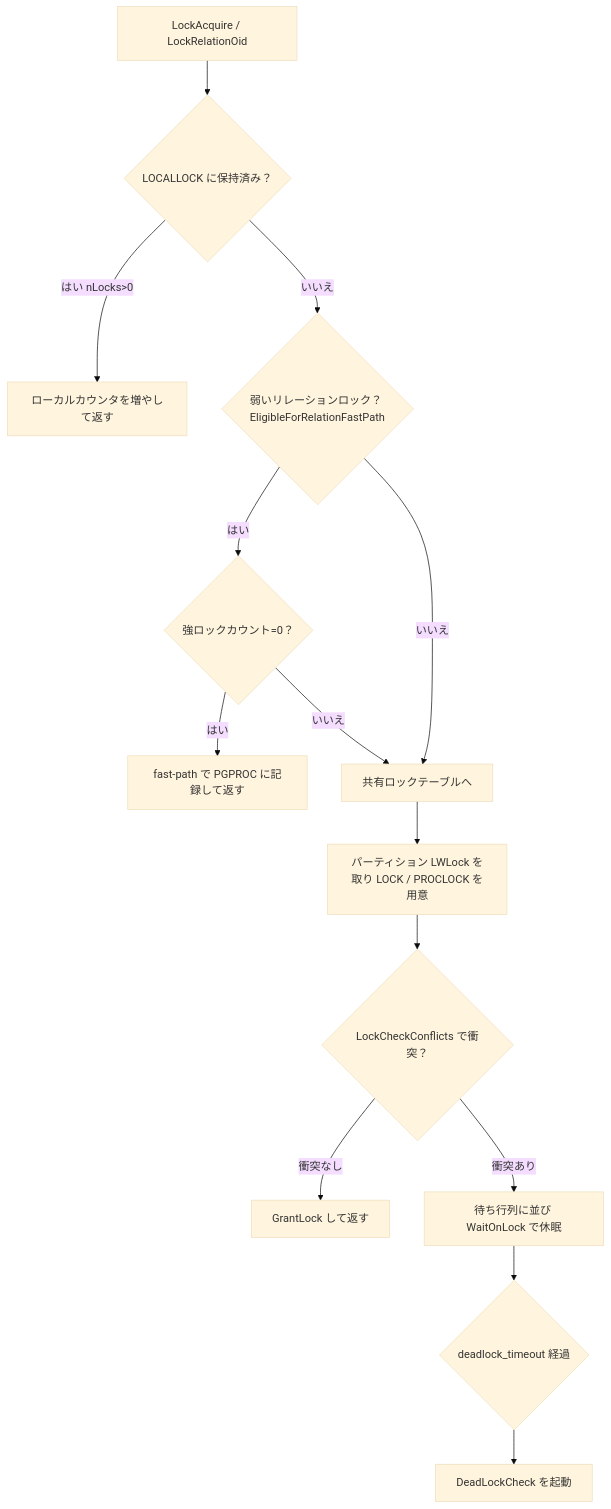
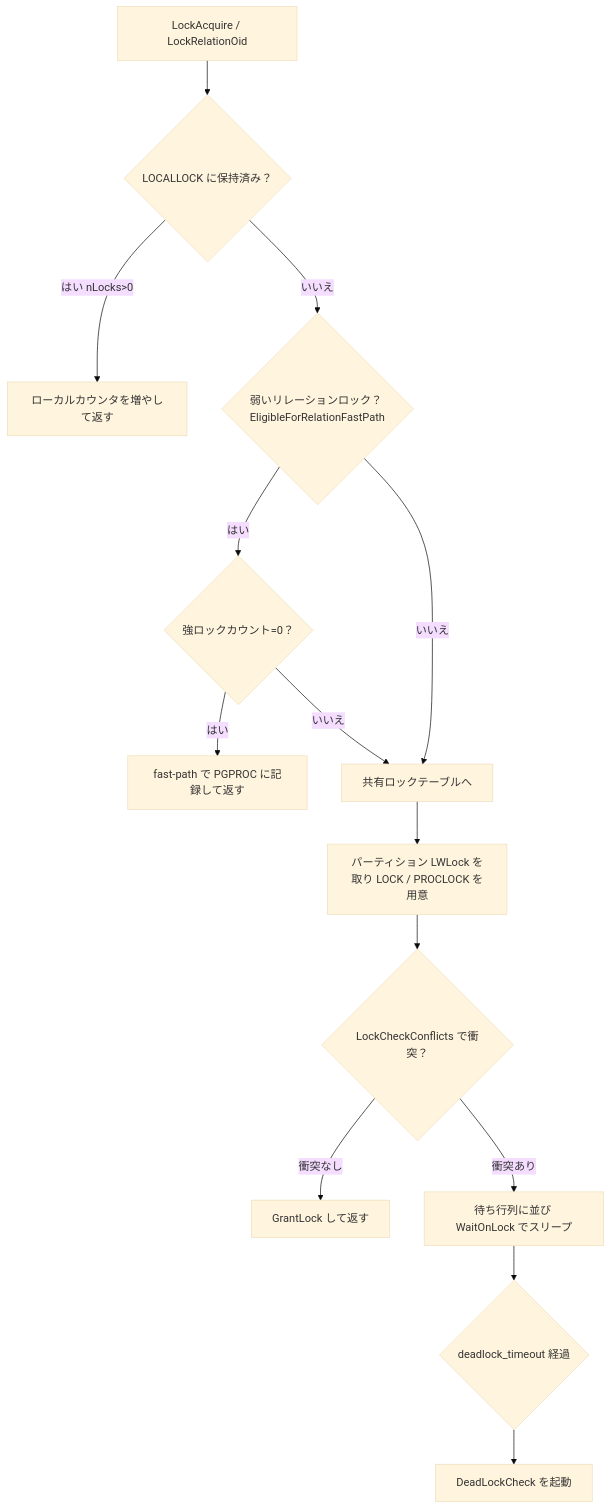
One commit to miyamadoKL/source-code-reading changed the first of 2 diagrams in postgresql/part08-transactions-concurrency/34-lock-manager.md. Above: the diagram before and after it, drawn with Mermaid (base theme). The commit also changed other lines of this file and 4 other files, not shown here.

````diff
--- a/postgresql/part08-transactions-concurrency/34-lock-manager.md
+++ b/postgresql/part08-transactions-concurrency/34-lock-manager.md
@@ -703,16 +703,16 @@
 ```mermaid
 flowchart TD
 	A["LockAcquire / LockRelationOid"] --> B{"LOCALLOCK に保持済み？"}
 	B -->|"はい nLocks>0"| C["ローカルカウンタを増やして返す"]
 	B -->|"いいえ"| D{"弱いリレーションロック？ EligibleForRelationFastPath"}
 	D -->|"はい"| E{"強ロックカウント=0？"}
 	E -->|"はい"| F["fast-path で PGPROC に記録して返す"]
 	E -->|"いいえ"| G["共有ロックテーブルへ"]
 	D -->|"いいえ"| G
 	G --> H["パーティション LWLock を取り LOCK / PROCLOCK を用意"]
 	H --> I{"LockCheckConflicts で衝突？"}
 	I -->|"衝突なし"| J["GrantLock して返す"]
-	I -->|"衝突あり"| K["待ち行列に並び WaitOnLock で休眠"]
+	I -->|"衝突あり"| K["待ち行列に並び WaitOnLock でスリープ"]
 	K --> L{"deadlock_timeout 経過"}
 	L --> M["DeadLockCheck を起動"]
 ```
````
